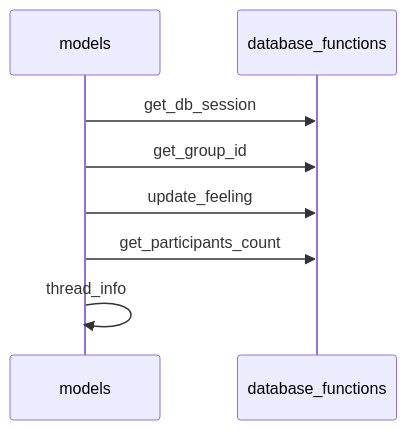
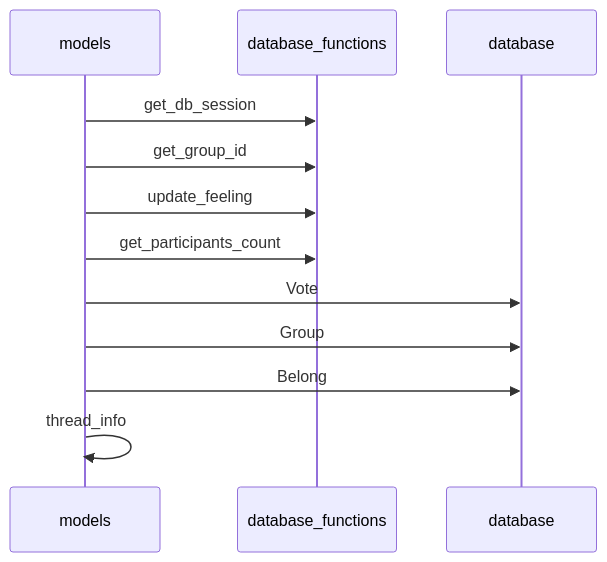
One commit to seal-git/22zemi changed the fourth of 8 diagrams in python-flask/SequenceDiagram.md. Above: the diagram before and after it, drawn with Mermaid. The commit also changed other lines of this file, not shown here.

Commit message:
SequenceDiagram

````diff
--- a/python-flask/SequenceDiagram.md
+++ b/python-flask/SequenceDiagram.md
@@ -33,8 +33,11 @@
 ```mermaid
 sequenceDiagram
     models ->> database_functions : get_db_session
     models ->> database_functions : get_group_id
     models ->> database_functions : update_feeling
     models ->> database_functions : get_participants_count
+    models ->> database : Vote
+    models ->> database : Group
+    models ->> database : Belong
     models ->> models : thread_info
 ```
````
